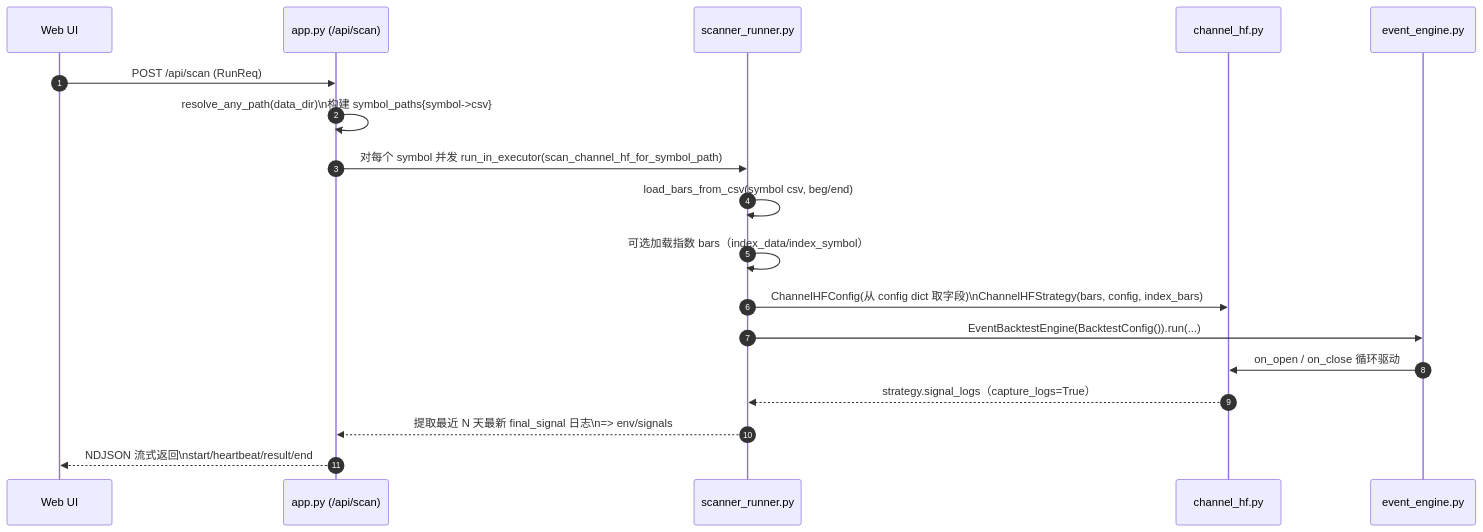
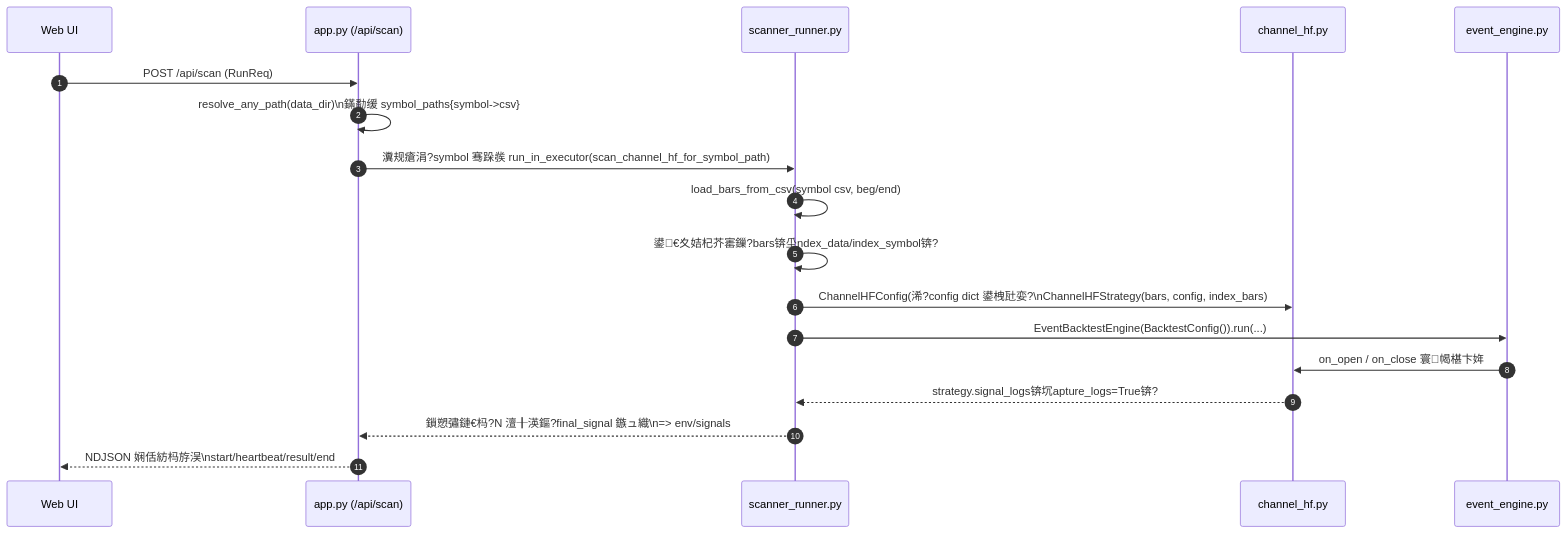
One commit to Richard-Gao-Code/band-strategy-system changed the second of 4 diagrams in ARCHITECTURE.md. Above: the diagram before and after it, drawn with Mermaid. The commit also changed other lines of this file, not shown here.

````diff
--- a/ARCHITECTURE.md
+++ b/ARCHITECTURE.md
@@ -237,21 +237,21 @@
 ```mermaid
 sequenceDiagram
   autonumber
   participant UI as Web UI
   participant API as app.py (/api/scan)
   participant Runner as scanner_runner.py
   participant Strat as channel_hf.py
   participant Engine as event_engine.py
 
   UI->>API: POST /api/scan (RunReq)
-  API->>API: resolve_any_path(data_dir)\n构建 symbol_paths{symbol->csv}
-  API->>Runner: 对每个 symbol 并发 run_in_executor(scan_channel_hf_for_symbol_path)
+  API->>API: resolve_any_path(data_dir)\n鏋勫缓 symbol_paths{symbol->csv}
+  API->>Runner: 瀵规瘡涓?symbol 骞跺彂 run_in_executor(scan_channel_hf_for_symbol_path)
   Runner->>Runner: load_bars_from_csv(symbol csv, beg/end)
-  Runner->>Runner: 可选加载指数 bars（index_data/index_symbol）
-  Runner->>Strat: ChannelHFConfig(从 config dict 取字段)\nChannelHFStrategy(bars, config, index_bars)
+  Runner->>Runner: 鍙€夊姞杞芥寚鏁?bars锛坕ndex_data/index_symbol锛?
+  Runner->>Strat: ChannelHFConfig(浠?config dict 鍙栧瓧娈?\nChannelHFStrategy(bars, config, index_bars)
   Runner->>Engine: EventBacktestEngine(BacktestConfig()).run(...)
-  Engine->>Strat: on_open / on_close 循环驱动
-  Strat-->>Runner: strategy.signal_logs（capture_logs=True）
-  Runner-->>API: 提取最近 N 天最新 final_signal 日志\n=> env/signals
-  API-->>UI: NDJSON 流式返回\nstart/heartbeat/result/end
+  Engine->>Strat: on_open / on_close 寰幆椹卞姩
+  Strat-->>Runner: strategy.signal_logs锛坈apture_logs=True锛?
+  Runner-->>API: 鎻愬彇鏈€杩?N 澶╂渶鏂?final_signal 鏃ュ織\n=> env/signals
+  API-->>UI: NDJSON 娴佸紡杩斿洖\nstart/heartbeat/result/end
 ```
````
